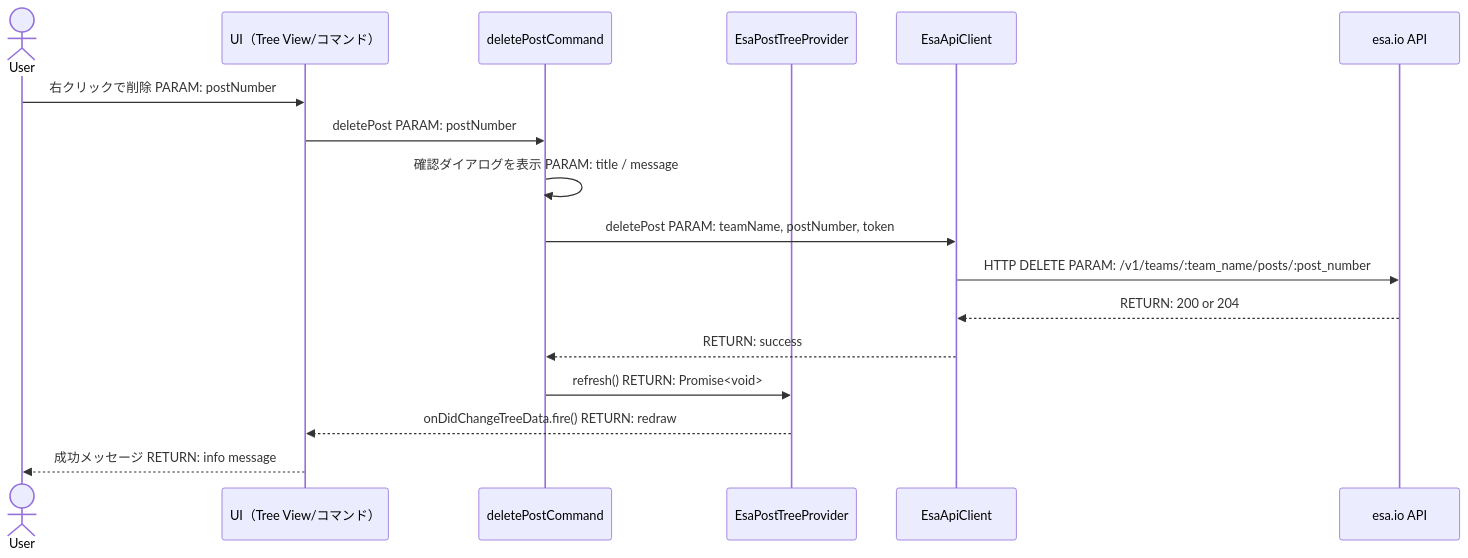
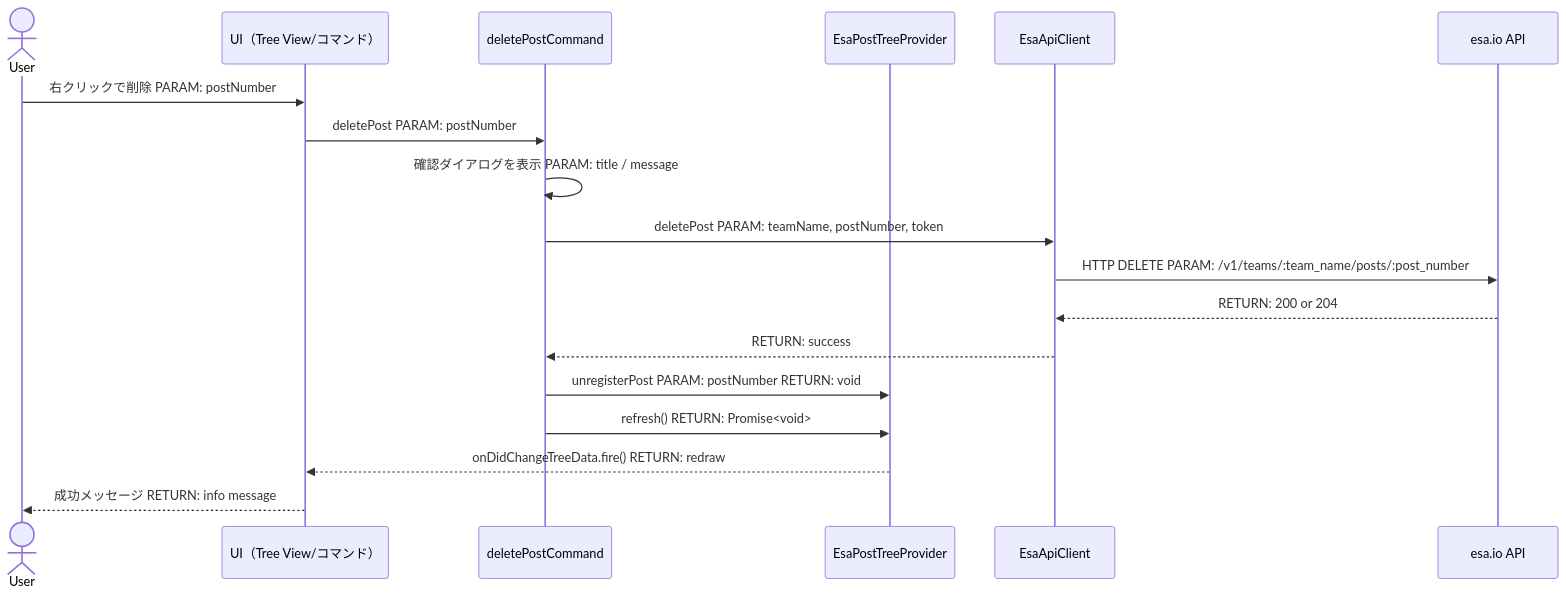
One commit to LevelCapCoJapanTools/vscode_esa_explorer changed the first of 6 diagrams in .github/copilot/plans/16-post-delete.md. Above: the diagram before and after it, drawn with Mermaid. The commit also changed other lines of this file, not shown here.

````diff
--- a/.github/copilot/plans/16-post-delete.md
+++ b/.github/copilot/plans/16-post-delete.md
@@ -270,20 +273,21 @@
 ```mermaid
 sequenceDiagram
     actor User
     participant UI as UI（Tree View/コマンド）
     participant Cmd as deletePostCommand
     participant Provider as EsaPostTreeProvider
     participant Api as EsaApiClient
     participant EsaAPI as esa.io API
 
     User->>UI: 右クリックで削除 PARAM: postNumber
     UI->>Cmd: deletePost PARAM: postNumber
     Cmd->>Cmd: 確認ダイアログを表示 PARAM: title / message
     Cmd->>Api: deletePost PARAM: teamName, postNumber, token
     Api->>EsaAPI: HTTP DELETE PARAM: /v1/teams/:team_name/posts/:post_number
     EsaAPI-->>Api: RETURN: 200 or 204
     Api-->>Cmd: RETURN: success
+    Cmd->>Provider: unregisterPost PARAM: postNumber RETURN: void
     Cmd->>Provider: refresh() RETURN: Promise<void>
     Provider-->>UI: onDidChangeTreeData.fire() RETURN: redraw
     UI-->>User: 成功メッセージ RETURN: info message
 ```
````
